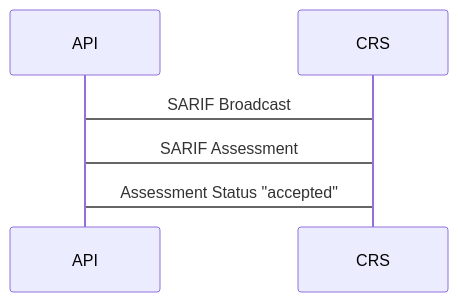
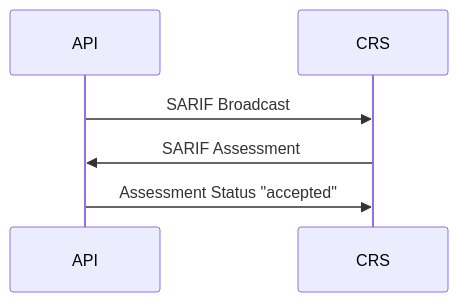
The second of 4 diagrams in docs/api/README.md (AIxCyberChallenge/example-crs-architecture), drawn with Mermaid before and after one commit.

Commit message:
Fix missing arrow

````diff
--- a/docs/api/README.md
+++ b/docs/api/README.md
@@ -69,8 +69,8 @@
 ```mermaid
 sequenceDiagram
     accTitle: CRS SARIF Assessment Workflow
 
-    API->CRS: SARIF Broadcast
-    CRS->API: SARIF Assessment
-    API->CRS: Assessment Status "accepted"
+    API->>CRS: SARIF Broadcast
+    CRS->>API: SARIF Assessment
+    API->>CRS: Assessment Status "accepted"
 ```
````
